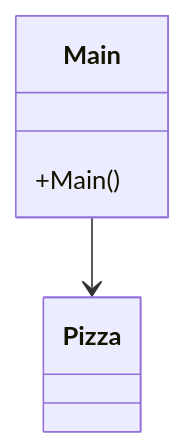
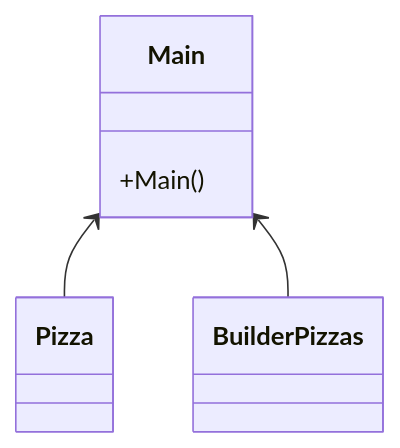
One commit to PachecoASIR/PatronBuilder changed the diagram in README.md. Above: the diagram before and after it, drawn with Mermaid.

````diff
--- a/README.md
+++ b/README.md
@@ -9,12 +9,16 @@
 ```mermaid
 classDiagram
 
     class Main{
     +Main()
     }
     
-     class Pizza{
-     }
-     
-     Main --> Pizza
+    class Pizza{
+    }
+    
+    class BuilderPizzas{
+    }
+      
+     Main <-- Pizza
+     Main <-- BuilderPizzas
 ```
````
